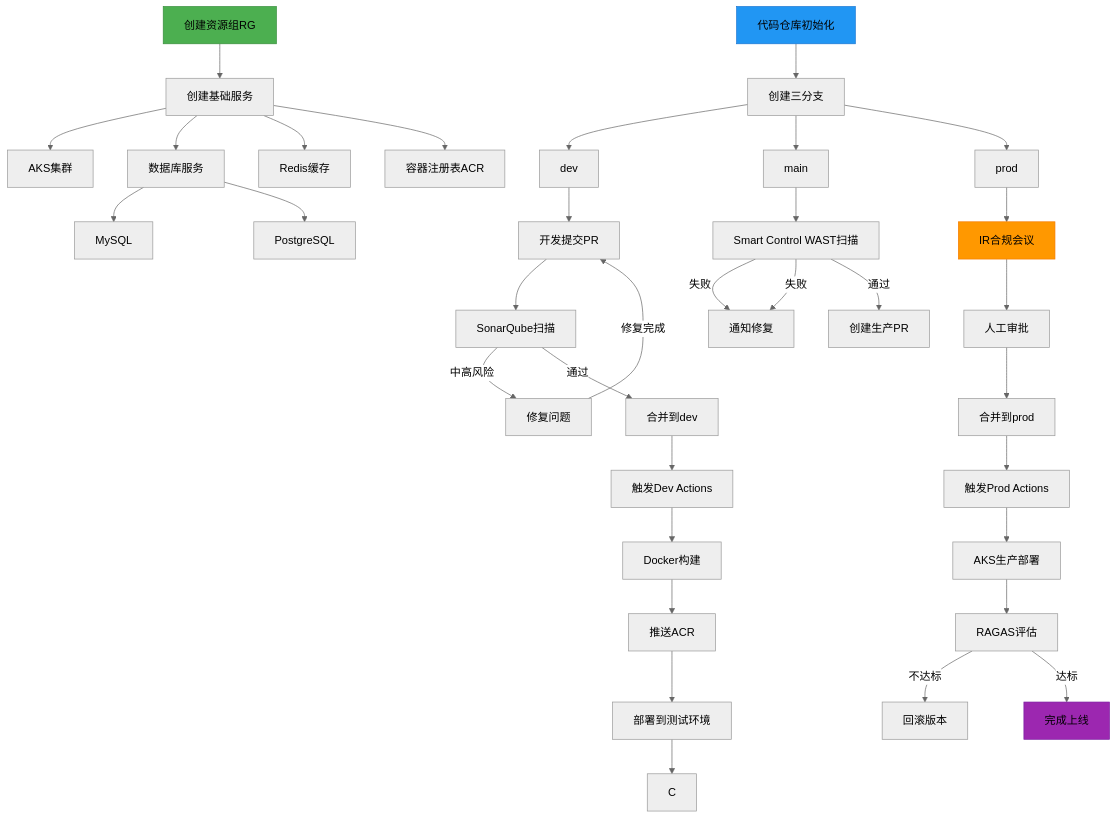
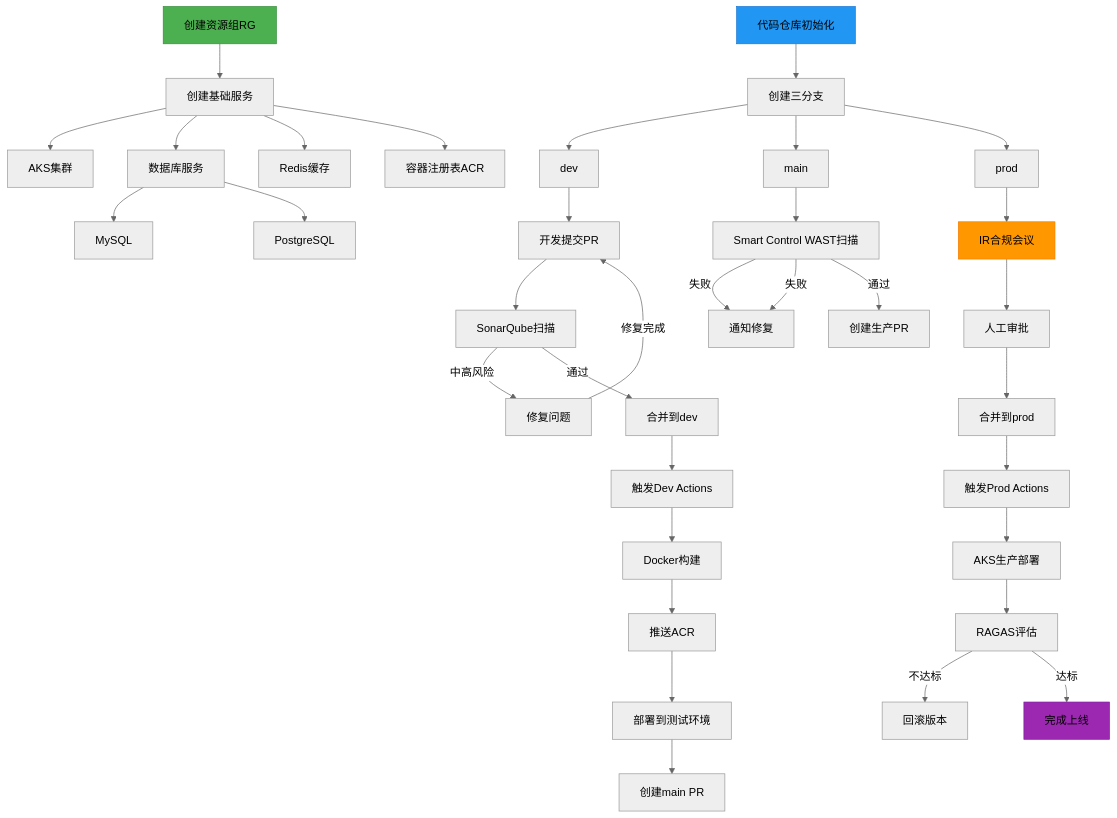
The diagram in all/未命名-1.md (funnyData/iodraw-files), drawn with Mermaid (neutral theme) before and after one commit.

Commit message:
2025-02-27 09:15:32 update

````diff
--- a/all/未命名-1.md
+++ b/all/未命名-1.md
@@ -1,57 +1,57 @@
 ```mermaid
 graph TD
     A[创建资源组RG] --> B[创建基础服务]
     B --> C[AKS集群]
     B --> D[数据库服务]
     D --> DA[MySQL]
     D --> DB[PostgreSQL]
     B --> E[Redis缓存]
     B --> F[容器注册表ACR]
     
     G[代码仓库初始化] --> H[创建三分支]
     H --> I[dev]
     H --> J[main]
     H --> K[prod]
     K --> W[IR合规会议]
     J --> T[Smart Control WAST扫描]
     T -->|失败| U[通知修复]
     I --> L[开发提交PR]
     L --> M[SonarQube扫描]
     M -->|中高风险| N[修复问题]
     N -->|修复完成|L
     M -->|通过| O[合并到dev]
     
     O --> P[触发Dev Actions]
     P --> Q[Docker构建]
     Q --> R[推送ACR]
     R --> S[部署到测试环境]
-    S --> SA[C]
+    S --> SA[创建main PR]
     %% S -->V[创建生产PR]
 
     
     %% S --> T[Smart Control WAST扫描]
     T -->|失败| U[通知修复]
 
     
     T -->|通过| V[创建生产PR]
 
     
     %% V --> W[IR合规会议]
     W --> X[人工审批]
     X --> Y[合并到prod]
     
     Y --> Z[触发Prod Actions]
     Z --> AC[AKS生产部署]
     %% Z --> AA[安全扫描]
     %% AA -->|高风险| AB[终止部署]
     %% AA -->|通过| AC[AKS生产部署]
     
     AC --> AD[RAGAS评估]
     AD -->|不达标| AE[回滚版本]
     AD -->|达标| AF[完成上线]
     
     style A fill:#4CAF50,stroke:#388E3C
     style G fill:#2196F3,stroke:#1976D2
     style W fill:#FF9800,stroke:#F57C00
     style AF fill:#9C27B0,stroke:#7B1FA2
 ```
````
